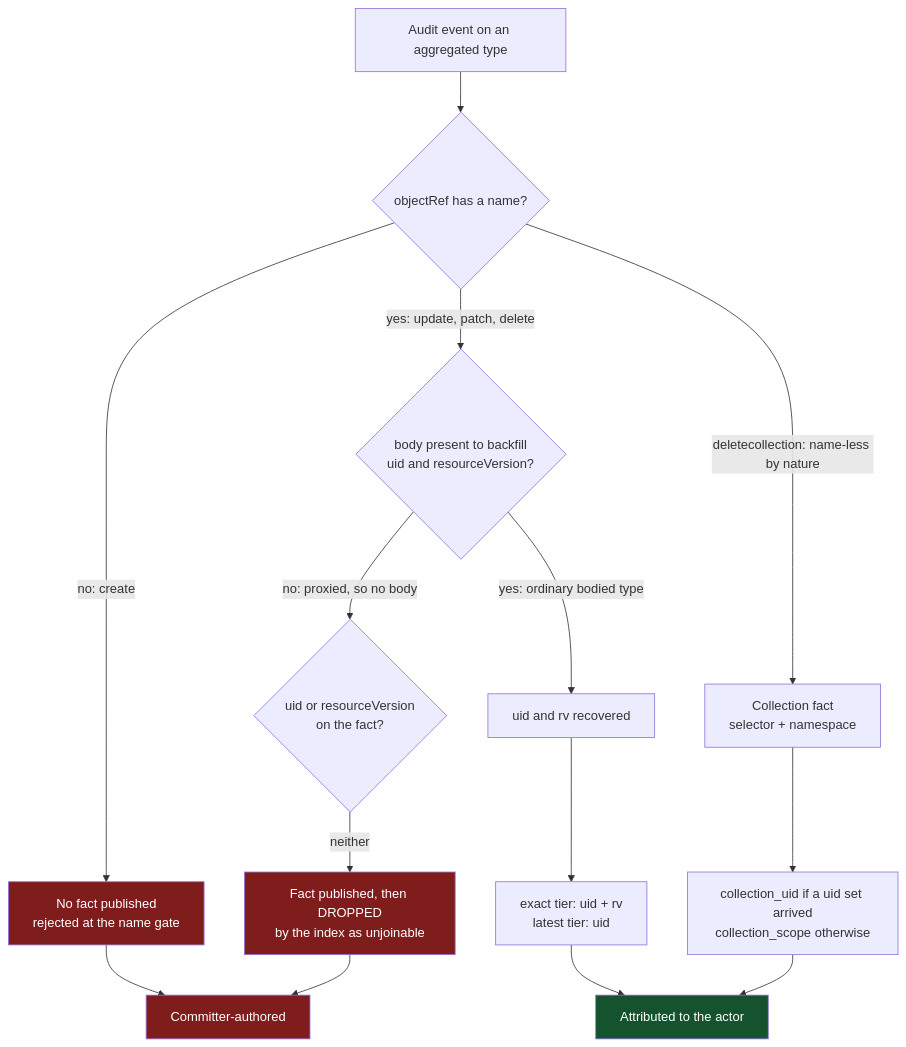
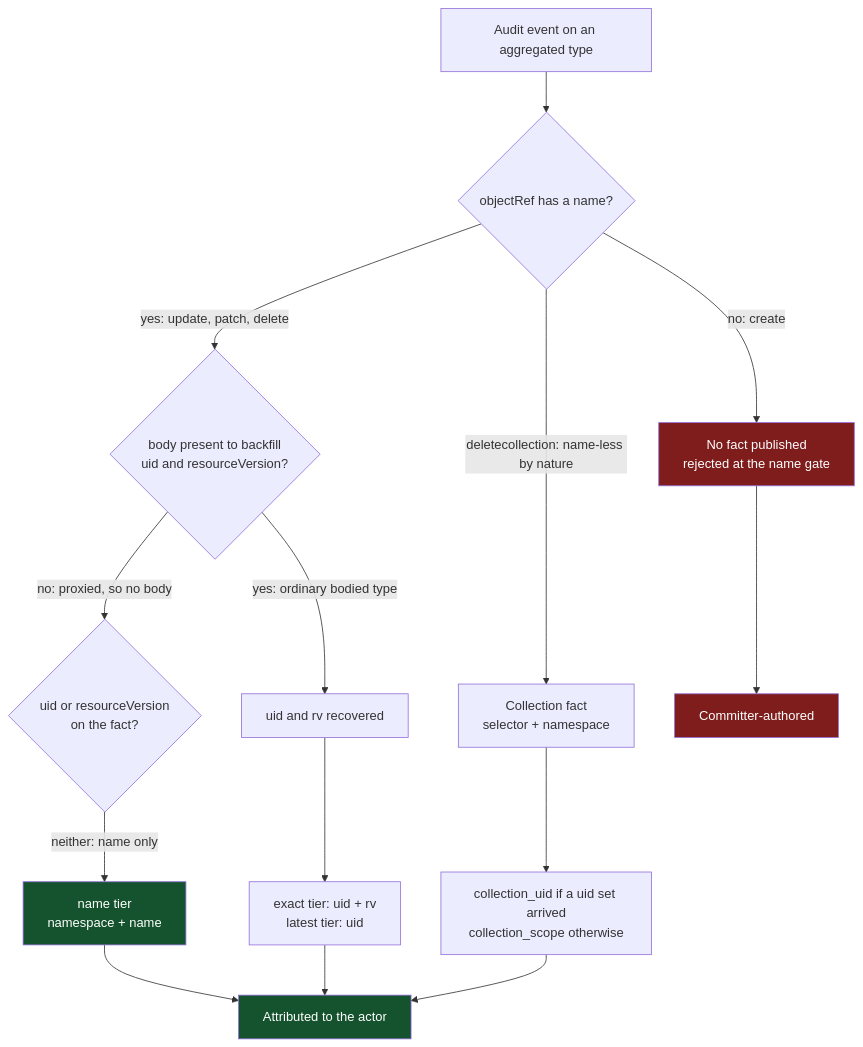
One commit to ConfigButler/gitops-reverser changed the first of 2 diagrams in docs/design/attribution-branch-findings.md. Above: the diagram before and after it, drawn with Mermaid. The commit also changed other lines of this file and 3 other files, not shown here.

````diff
--- a/docs/design/attribution-branch-findings.md
+++ b/docs/design/attribution-branch-findings.md
@@ -57,24 +58,24 @@
 ```mermaid
 flowchart TD
     A[Audit event on an aggregated type] --> B{objectRef has a name?}
     B -->|no: create| C[No fact published<br/>rejected at the name gate]
     B -->|yes: update, patch, delete| D{body present to backfill<br/>uid and resourceVersion?}
     B -->|deletecollection: name-less by nature| E[Collection fact<br/>selector + namespace]
 
     D -->|no: proxied, so no body| F{uid or resourceVersion<br/>on the fact?}
     D -->|yes: ordinary bodied type| G[uid and rv recovered]
 
-    F -->|neither| H[Fact published, then DROPPED<br/>by the index as unjoinable]
+    F -->|neither: name only| H[name tier<br/>namespace + name]
     G --> I[exact tier: uid + rv<br/>latest tier: uid]
     E --> J[collection_uid if a uid set arrived<br/>collection_scope otherwise]
 
     C --> K[Committer-authored]
-    H --> K
-    I --> L[Attributed to the actor]
+    H --> L[Attributed to the actor]
+    I --> L
     J --> L
 
     style C fill:#7f1d1d,color:#fff
-    style H fill:#7f1d1d,color:#fff
     style K fill:#7f1d1d,color:#fff
+    style H fill:#14532d,color:#fff
     style L fill:#14532d,color:#fff
 ```
````
